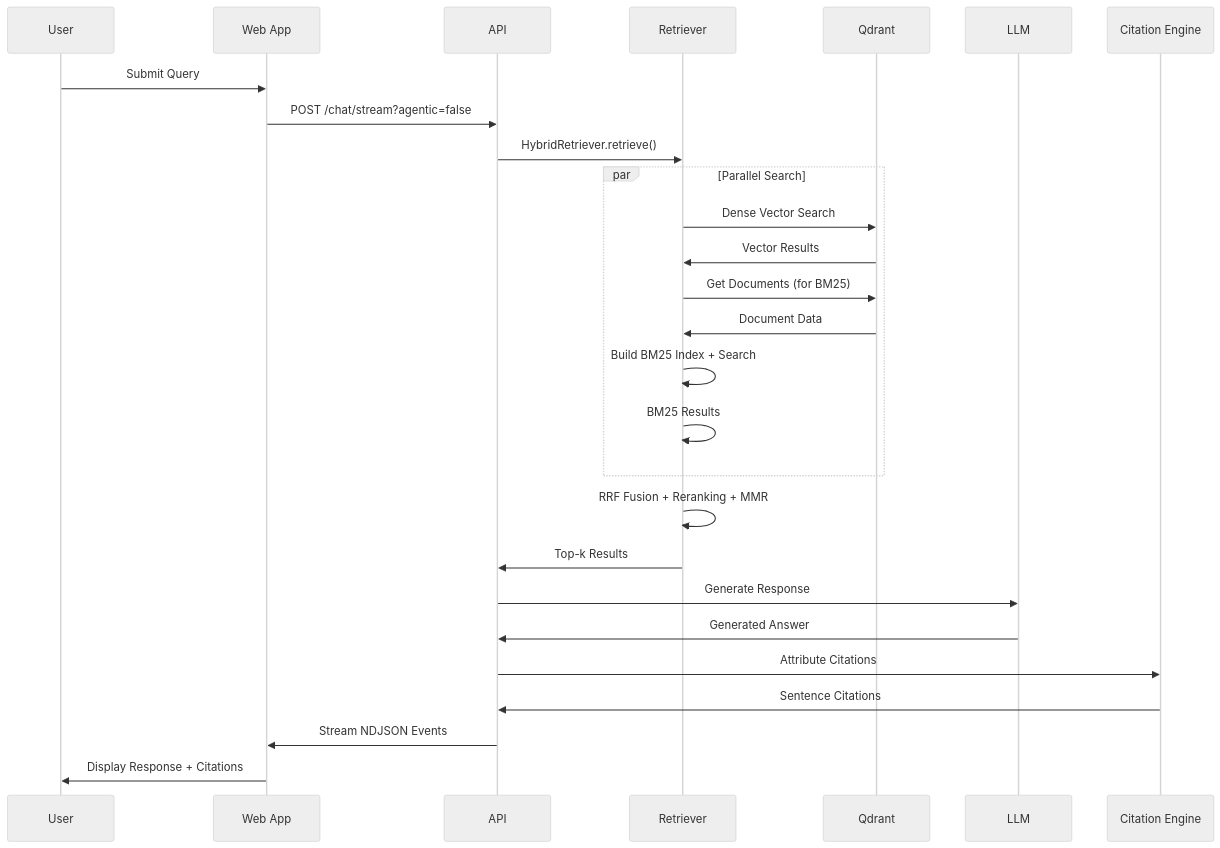
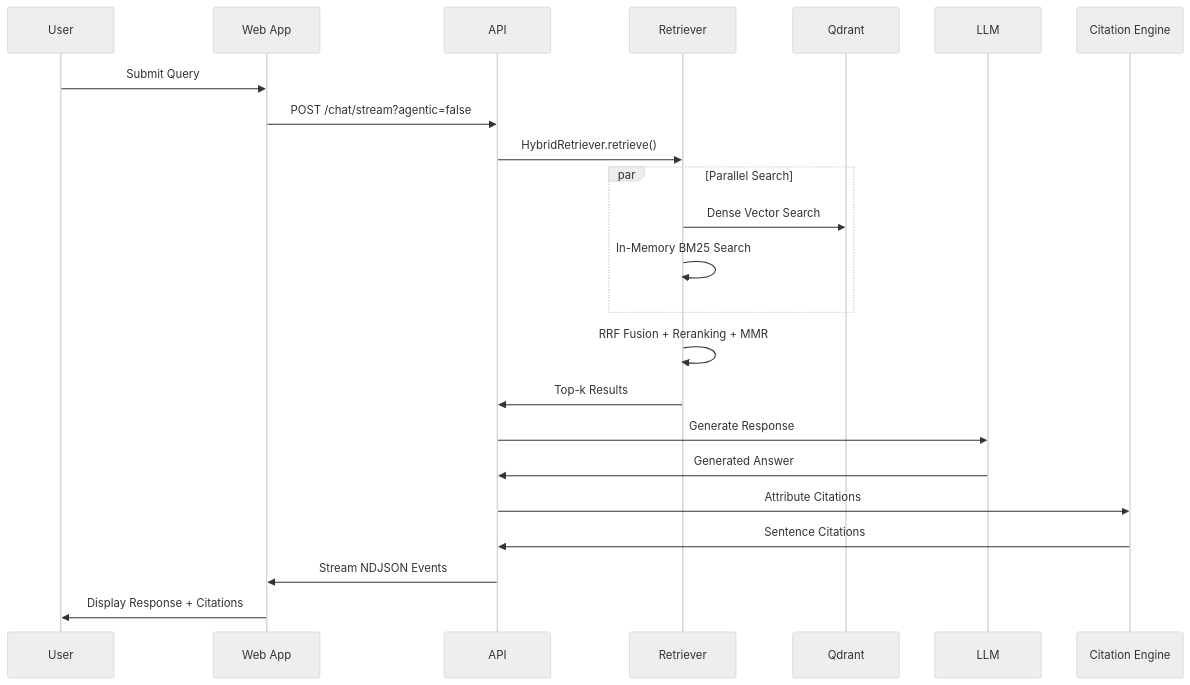
The third of 4 diagrams in docs/ARCHITECTURE.md (Marcussy34/maistorage), drawn with Mermaid (neutral theme) before and after one commit. The commit also changed other lines of this file, not shown here.

````diff
--- a/docs/ARCHITECTURE.md
+++ b/docs/ARCHITECTURE.md
@@ -212,32 +218,28 @@
 ```mermaid
 sequenceDiagram
     participant U as User
     participant W as Web App
     participant A as API
     participant R as Retriever
     participant Q as Qdrant
     participant L as LLM
     participant C as Citation Engine
 
     U->>W: Submit Query
     W->>A: POST /chat/stream?agentic=false
     A->>R: HybridRetriever.retrieve()
     
     par Parallel Search
         R->>Q: Dense Vector Search
-        Q->>R: Vector Results
-        R->>Q: Get Documents (for BM25)
-        Q->>R: Document Data
-        R->>R: Build BM25 Index + Search
-        R->>R: BM25 Results
+        R->>R: In-Memory BM25 Search
     end
     
     R->>R: RRF Fusion + Reranking + MMR
     R->>A: Top-k Results
     A->>L: Generate Response
     L->>A: Generated Answer
     A->>C: Attribute Citations
     C->>A: Sentence Citations
     A->>W: Stream NDJSON Events
     W->>U: Display Response + Citations
 ```
````
